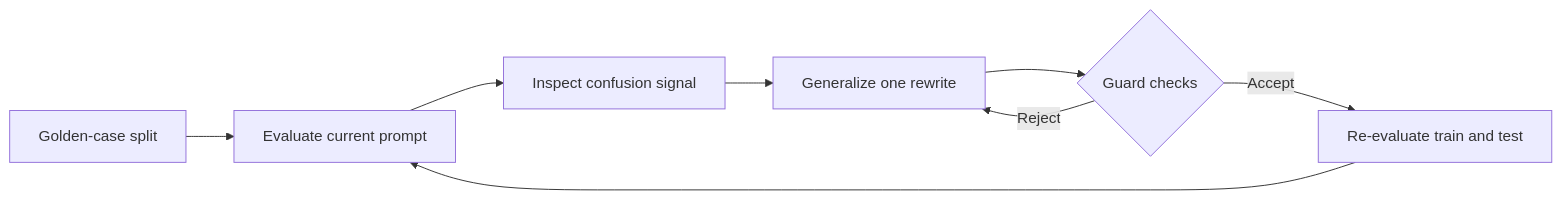
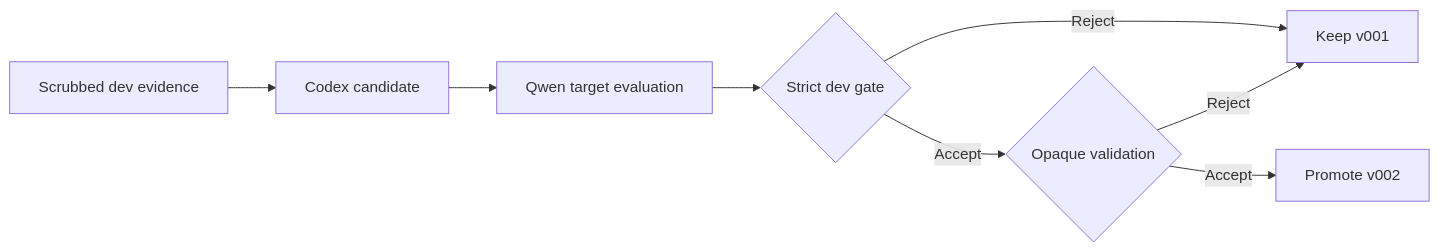
One commit to Starryyu77/techjam-shopping-agent-v1 changed the first of 4 diagrams in README.md. Above: the diagram before and after it, drawn with Mermaid. The commit also changed other lines of this file and 25 other files, not shown here.

````diff
--- a/README.md
+++ b/README.md
@@ -77,10 +79,10 @@
 ```mermaid
 flowchart LR
-    G[Golden-case split] --> E[Evaluate current prompt]
-    E --> C[Inspect confusion signal]
-    C --> R[Generalize one rewrite]
-    R --> V{Guard checks}
-    V -->|Reject| R
-    V -->|Accept| T[Re-evaluate train and test]
-    T --> E
+    D[Scrubbed dev evidence] --> C[Codex candidate]
+    C --> Q[Qwen target evaluation]
+    Q --> G{Strict dev gate}
+    G -->|Reject| X[Keep v001]
+    G -->|Accept| V{Opaque validation}
+    V -->|Accept| P[Promote v002]
+    V -->|Reject| X
 ```
````
